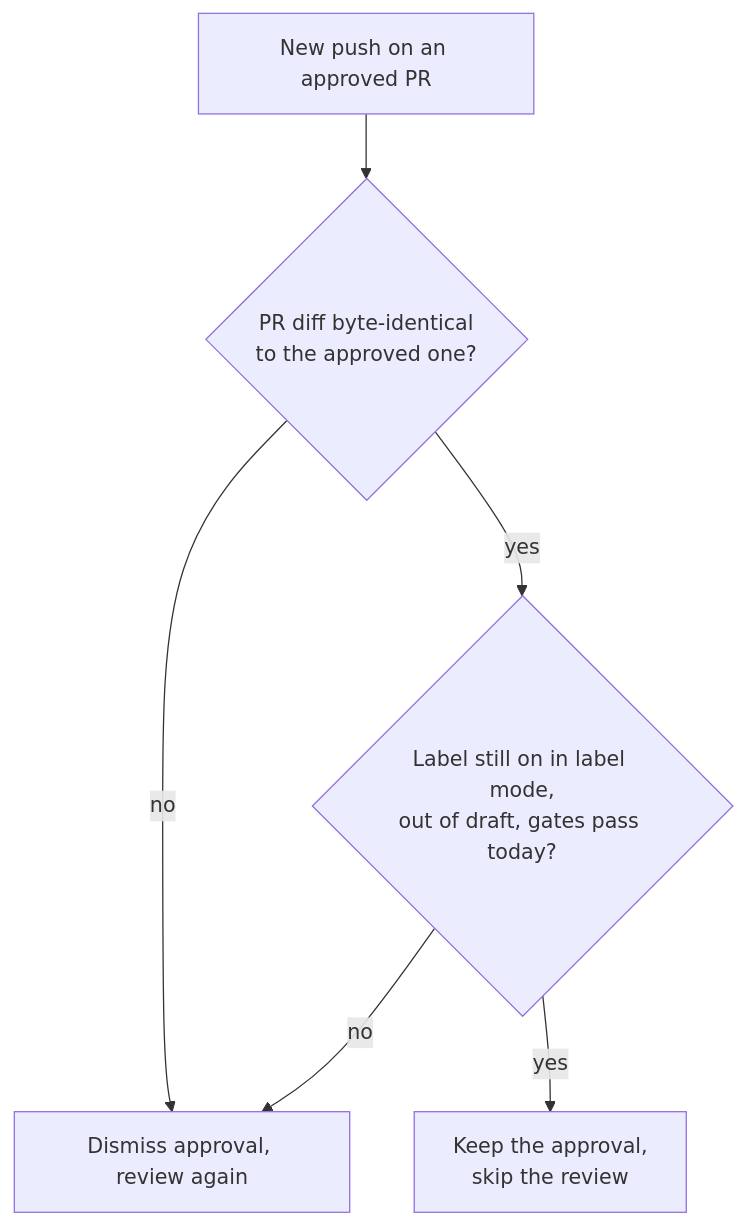
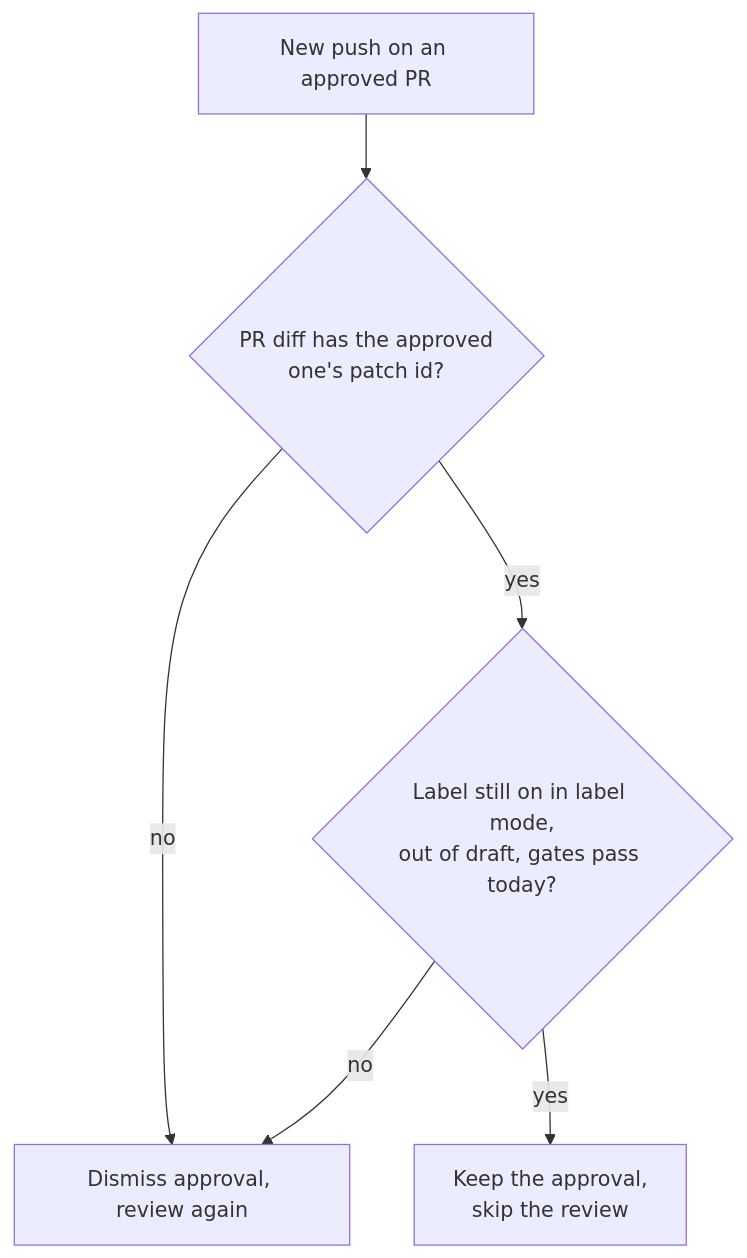
One commit to jagreehal/stamp changed the diagram in docs/src/content/docs/operations/approval-retention.md. Above: the diagram before and after it, drawn with Mermaid. The commit also changed other lines of this file and 10 other files, not shown here.

````diff
--- a/docs/src/content/docs/operations/approval-retention.md
+++ b/docs/src/content/docs/operations/approval-retention.md
@@ -5,8 +5,8 @@
 ```mermaid
 flowchart TD
-    P[New push on an approved PR] --> Q{PR diff byte-identical<br/>to the approved one?}
+    P[New push on an approved PR] --> Q{PR diff has the approved<br/>one's patch id?}
     Q -- no --> D[Dismiss approval, review again]
     Q -- yes --> C{Label still on in label mode,<br/>out of draft, gates pass today?}
     C -- no --> D
     C -- yes --> K[Keep the approval,<br/>skip the review]
 ```
````
